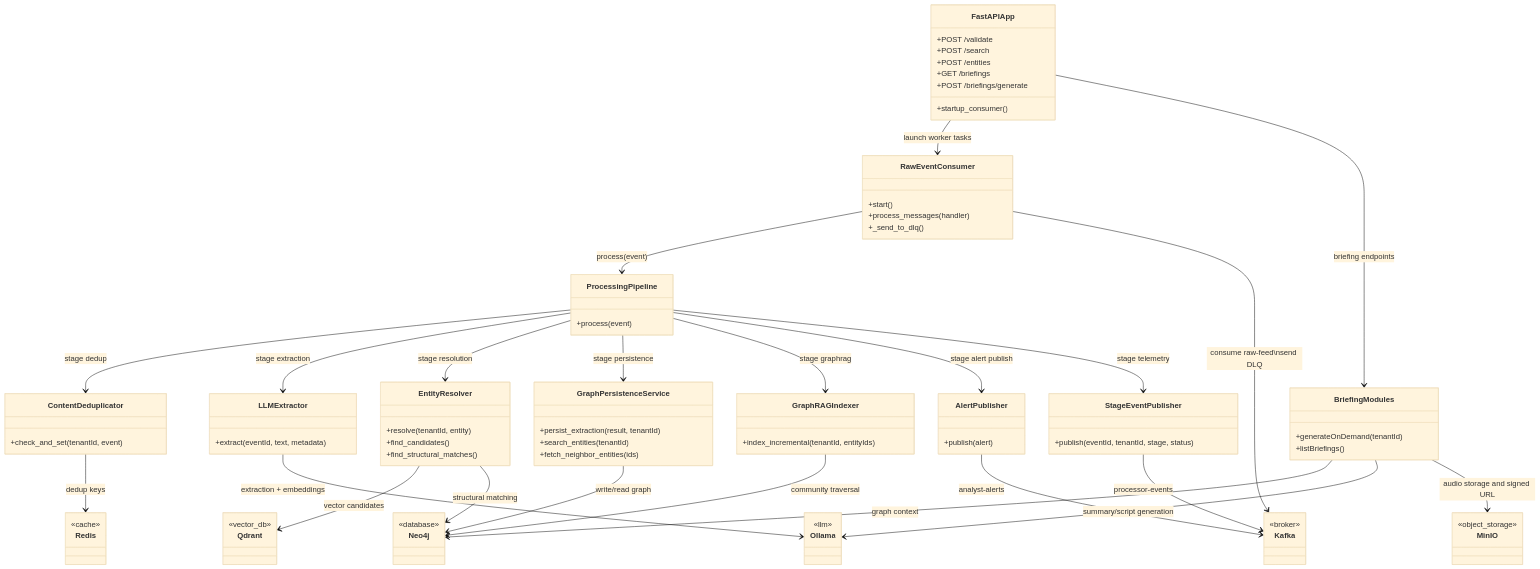
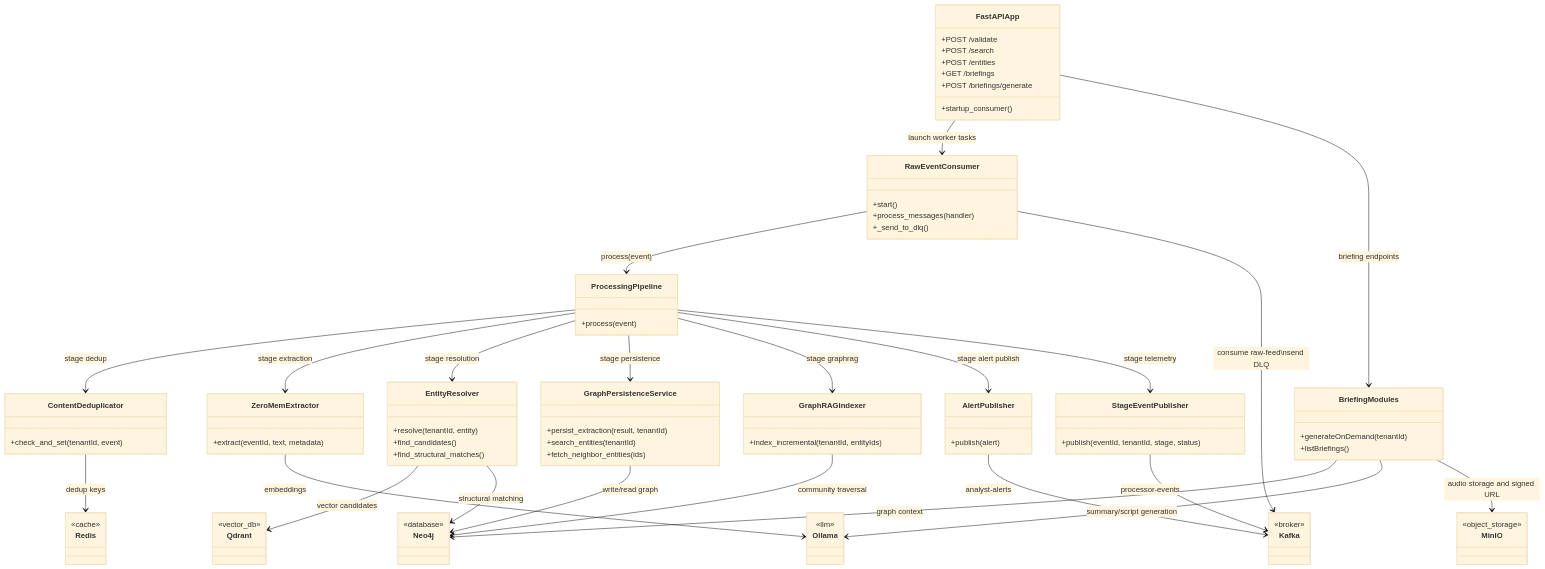
The fourth of 4 diagrams in docs/V1/architecture-c4-from-code.md (tanjeetsarkar/omni-g), drawn with Mermaid (base theme) before and after one commit. The commit also changed other lines of this file and 16 other files, not shown here.

```diff
--- a/docs/V1/architecture-c4-from-code.md
+++ b/docs/V1/architecture-c4-from-code.md
@@ -269,7 +269,7 @@
   +check_and_set(tenantId, event)
 }
 
-class LLMExtractor {
+class ZeroMemExtractor {
   +extract(eventId, text, metadata)
 }
 
@@ -331,7 +331,7 @@
 RawEventConsumer --> Kafka : consume raw-feed\nsend DLQ
 
 ProcessingPipeline --> ContentDeduplicator : stage dedup
-ProcessingPipeline --> LLMExtractor : stage extraction
+ProcessingPipeline --> ZeroMemExtractor : stage extraction
 ProcessingPipeline --> EntityResolver : stage resolution
 ProcessingPipeline --> GraphPersistenceService : stage persistence
 ProcessingPipeline --> GraphRAGIndexer : stage graphrag
@@ -339,7 +339,7 @@
 ProcessingPipeline --> StageEventPublisher : stage telemetry
 
 ContentDeduplicator --> Redis : dedup keys
-LLMExtractor --> Ollama : extraction + embeddings
+ZeroMemExtractor --> Ollama : embeddings
 EntityResolver --> Qdrant : vector candidates
 EntityResolver --> Neo4j : structural matching
 GraphPersistenceService --> Neo4j : write/read graph
```
